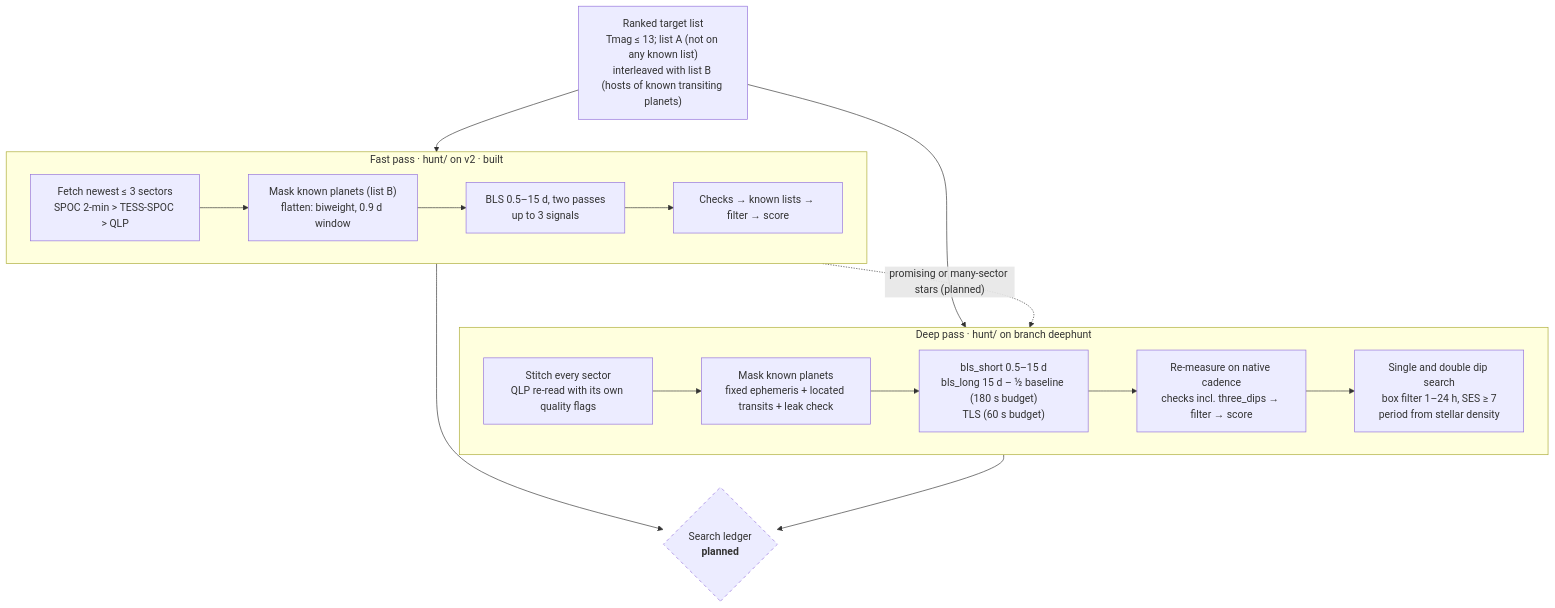
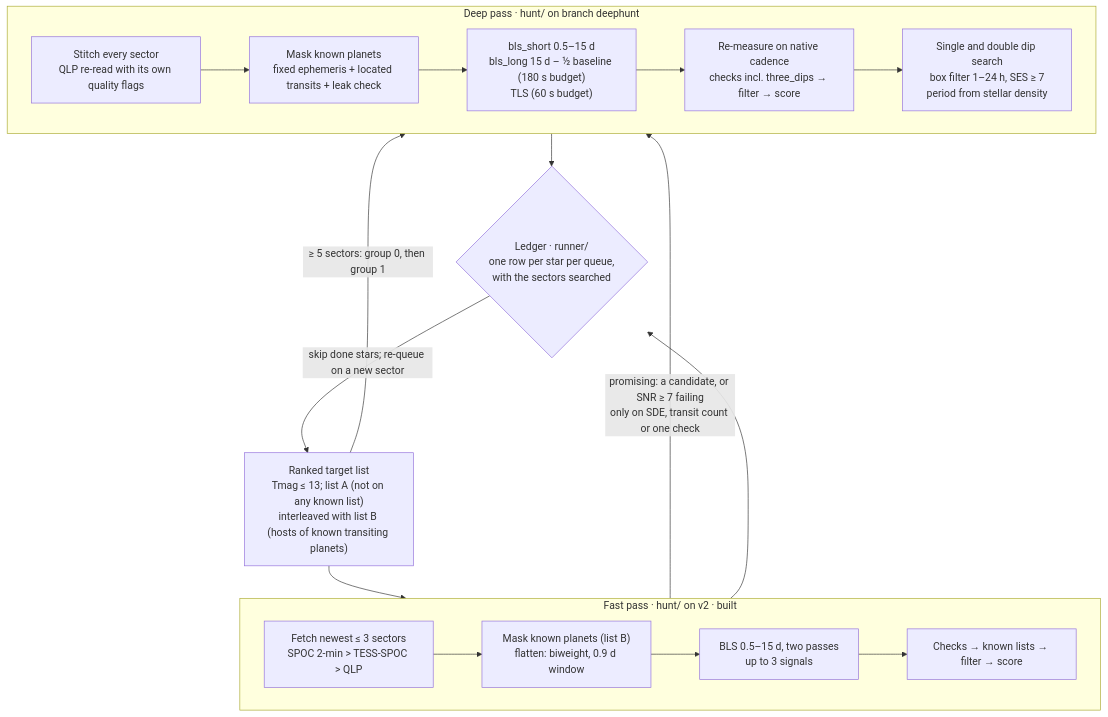
Before and after one commit to anastasiadisfoivos-hub/planet-hunter: the fifth of 6 diagrams in docs/architecture/ARCHITECTURE.md, drawn with Mermaid. The commit also changed other lines of this file and 1 other file, not shown here.

First line of the commit message:
[DOCS] Nightly flow and status now match origin/runner

````diff
--- a/docs/architecture/ARCHITECTURE.md
+++ b/docs/architecture/ARCHITECTURE.md
@@ -276,32 +322,30 @@
 ```mermaid
 flowchart TB
     LIST["Ranked target list<br/>Tmag ≤ 13; list A (not on any known list)<br/>interleaved with list B (hosts of known transiting planets)"]
 
     subgraph fast["Fast pass · hunt/ on v2 · built"]
         F1["Fetch newest ≤ 3 sectors<br/>SPOC 2-min &gt; TESS-SPOC &gt; QLP"]
         F2["Mask known planets (list B)<br/>flatten: biweight, 0.9 d window"]
         F3["BLS 0.5–15 d, two passes<br/>up to 3 signals"]
         F4["Checks → known lists → filter → score"]
         F1 --> F2 --> F3 --> F4
     end
 
     subgraph deep["Deep pass · hunt/ on branch deephunt"]
         D1["Stitch every sector<br/>QLP re-read with its own quality flags"]
         D2["Mask known planets<br/>fixed ephemeris + located transits + leak check"]
         D3["bls_short 0.5–15 d<br/>bls_long 15 d – ½ baseline (180 s budget)<br/>TLS (60 s budget)"]
         D4["Re-measure on native cadence<br/>checks incl. three_dips → filter → score"]
         D5["Single and double dip search<br/>box filter 1–24 h, SES ≥ 7<br/>period from stellar density"]
         D1 --> D2 --> D3 --> D4 --> D5
     end
 
-    LEDGER{"Search ledger<br/><b>planned</b>"}
+    LEDGER{"Ledger · runner/<br/>one row per star per queue,<br/>with the sectors searched"}
 
     LIST --> fast
-    LIST --> deep
-    fast -. "promising or many-sector stars (planned)" .-> deep
+    LIST -->|"≥ 5 sectors: group 0, then group 1"| deep
+    fast -->|"promising: a candidate, or SNR ≥ 7 failing<br/>only on SDE, transit count or one check"| deep
     fast --> LEDGER
     deep --> LEDGER
-
-    classDef planned stroke-dasharray: 5 5
-    class LEDGER planned
+    LEDGER -->|"skip done stars; re-queue on a new sector"| LIST
 ```
````
